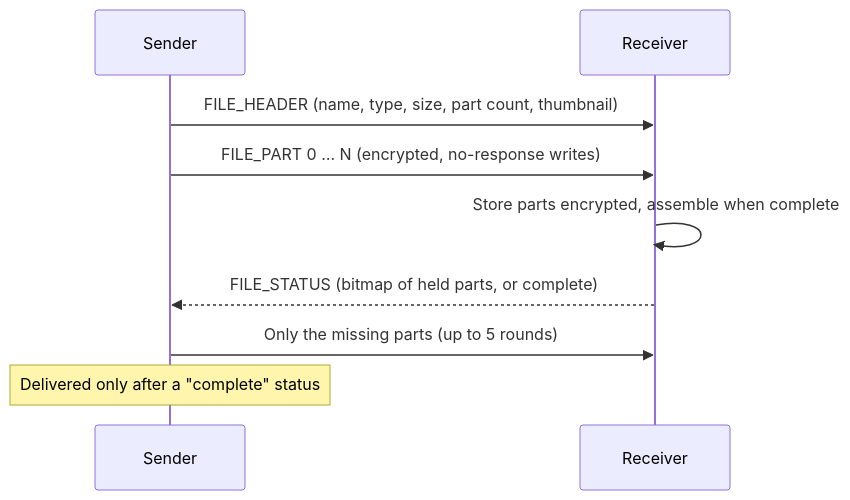
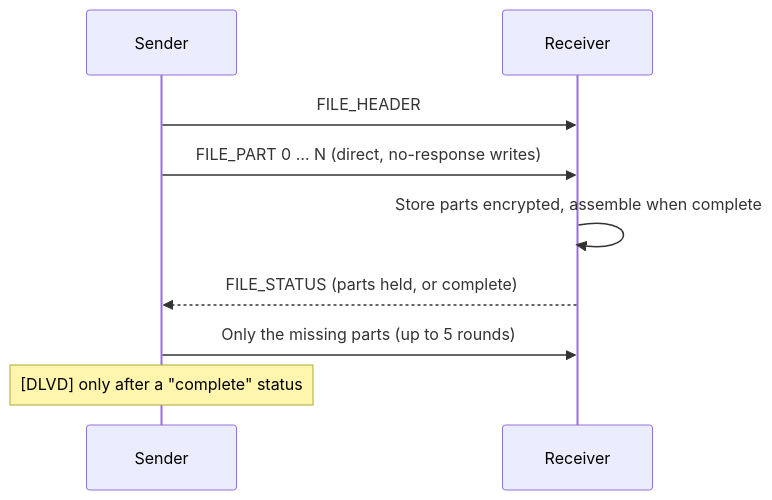
The third of 3 diagrams in README.md (aarushchaudhary/ComLink), drawn with Mermaid before and after one commit. The commit also changed other lines of this file, not shown here.

Commit message:
docs: rewrite README with full feature, security, protocol and architecture details

````diff
--- a/README.md
+++ b/README.md
@@ -99,12 +216,12 @@
 ```mermaid
 sequenceDiagram
     participant S as Sender
     participant R as Receiver
 
-    S->>R: FILE_HEADER (name, type, size, part count, thumbnail)
-    S->>R: FILE_PART 0 … N (encrypted, no-response writes)
+    S->>R: FILE_HEADER
+    S->>R: FILE_PART 0 … N (direct, no-response writes)
     R->>R: Store parts encrypted, assemble when complete
-    R-->>S: FILE_STATUS (bitmap of held parts, or complete)
+    R-->>S: FILE_STATUS (parts held, or complete)
     S->>R: Only the missing parts (up to 5 rounds)
-    Note over S: Delivered only after a "complete" status
+    Note over S: [DLVD] only after a "complete" status
 ```
````
